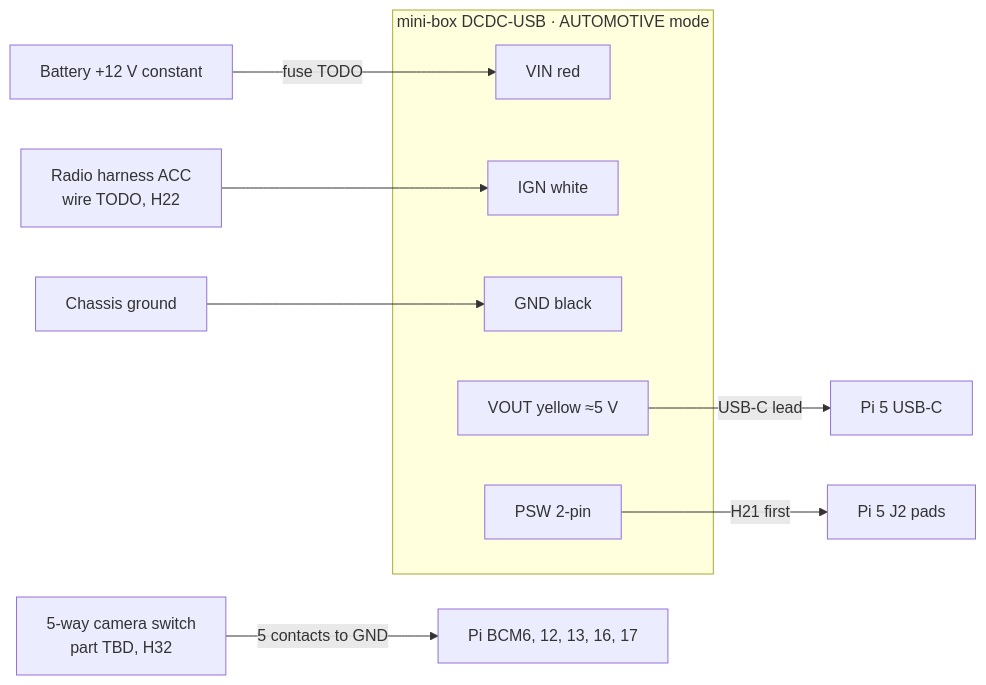
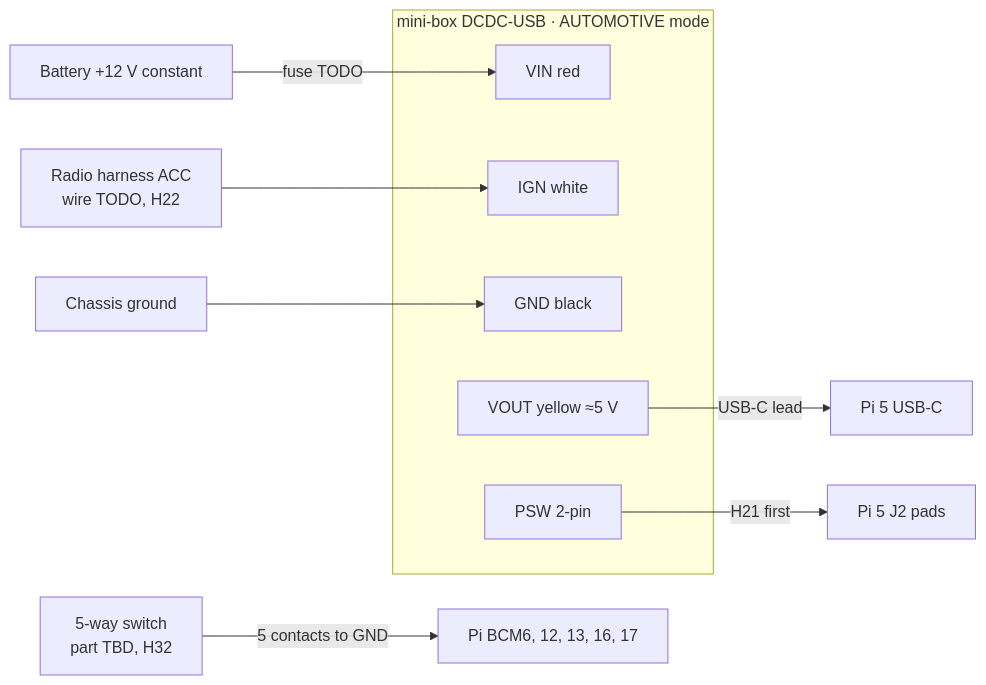
The diagram in docs/wiring/power-and-inputs.md (darickc/TruckDashboard), drawn with Mermaid before and after one commit. The commit also changed other lines of this file and 69 other files, not shown here.

First line of the commit message:
feat(switch): 5-way switch for media and calls, cameras on hold, directions learned in Settings [SIM]

````diff
--- a/docs/wiring/power-and-inputs.md
+++ b/docs/wiring/power-and-inputs.md
@@ -22,16 +22,16 @@
 ```mermaid
 flowchart LR
   BATT[Battery +12 V constant] -- fuse TODO --> VIN
   ACC[Radio harness ACC<br/>wire TODO, H22] --> IGN
   GNDC[Chassis ground] --> GND
   subgraph DCDC[mini-box DCDC-USB · AUTOMOTIVE mode]
     VIN[VIN red]
     IGN[IGN white]
     GND[GND black]
     VOUT[VOUT yellow ≈5 V]
     PSW[PSW 2-pin]
   end
   VOUT -- USB-C lead --> PI[Pi 5 USB-C]
   PSW -- H21 first --> J2[Pi 5 J2 pads]
-  SW[5-way camera switch<br/>part TBD, H32] -- 5 contacts to GND --> GPIO[Pi BCM6, 12, 13, 16, 17]
+  SW[5-way switch<br/>part TBD, H32] -- 5 contacts to GND --> GPIO[Pi BCM6, 12, 13, 16, 17]
 ```
````
